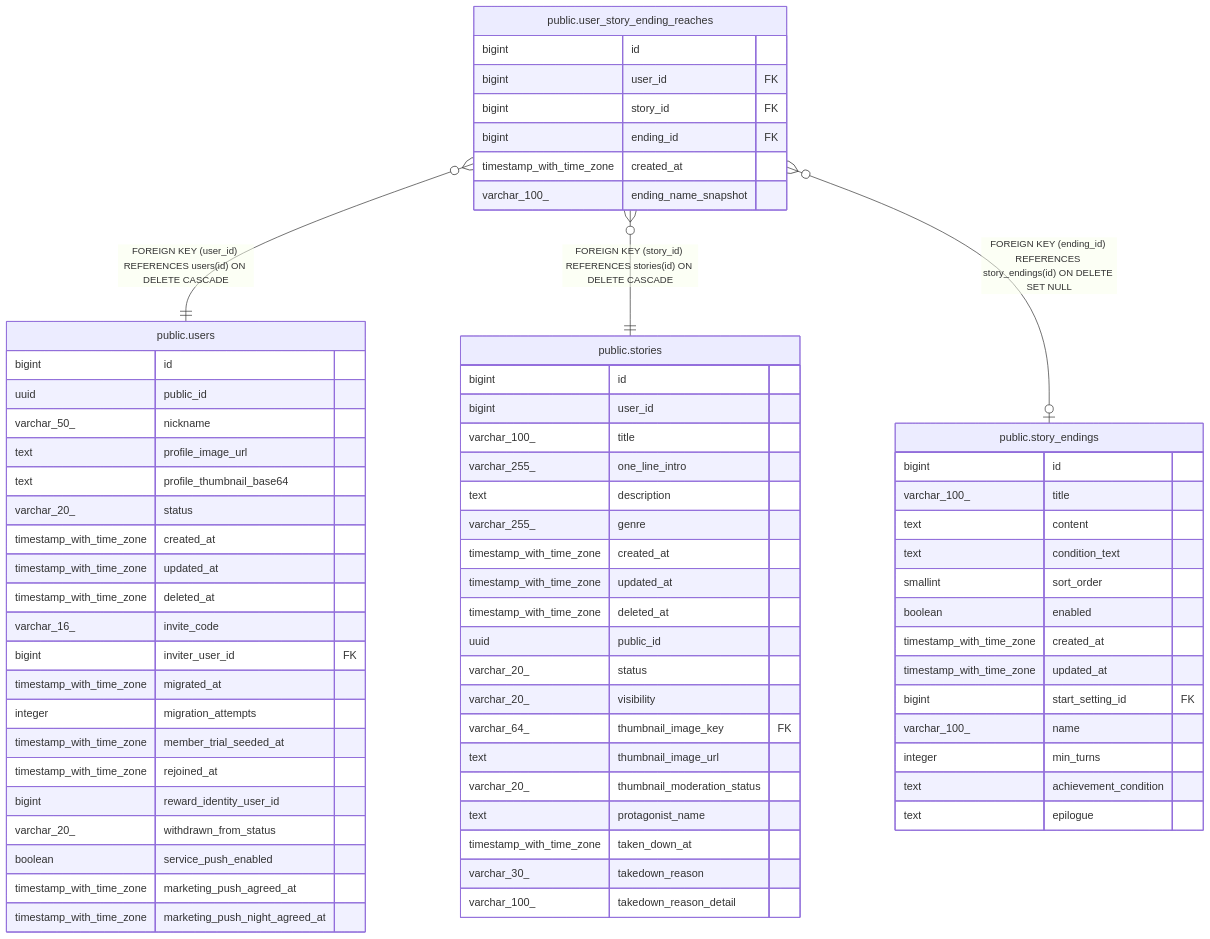
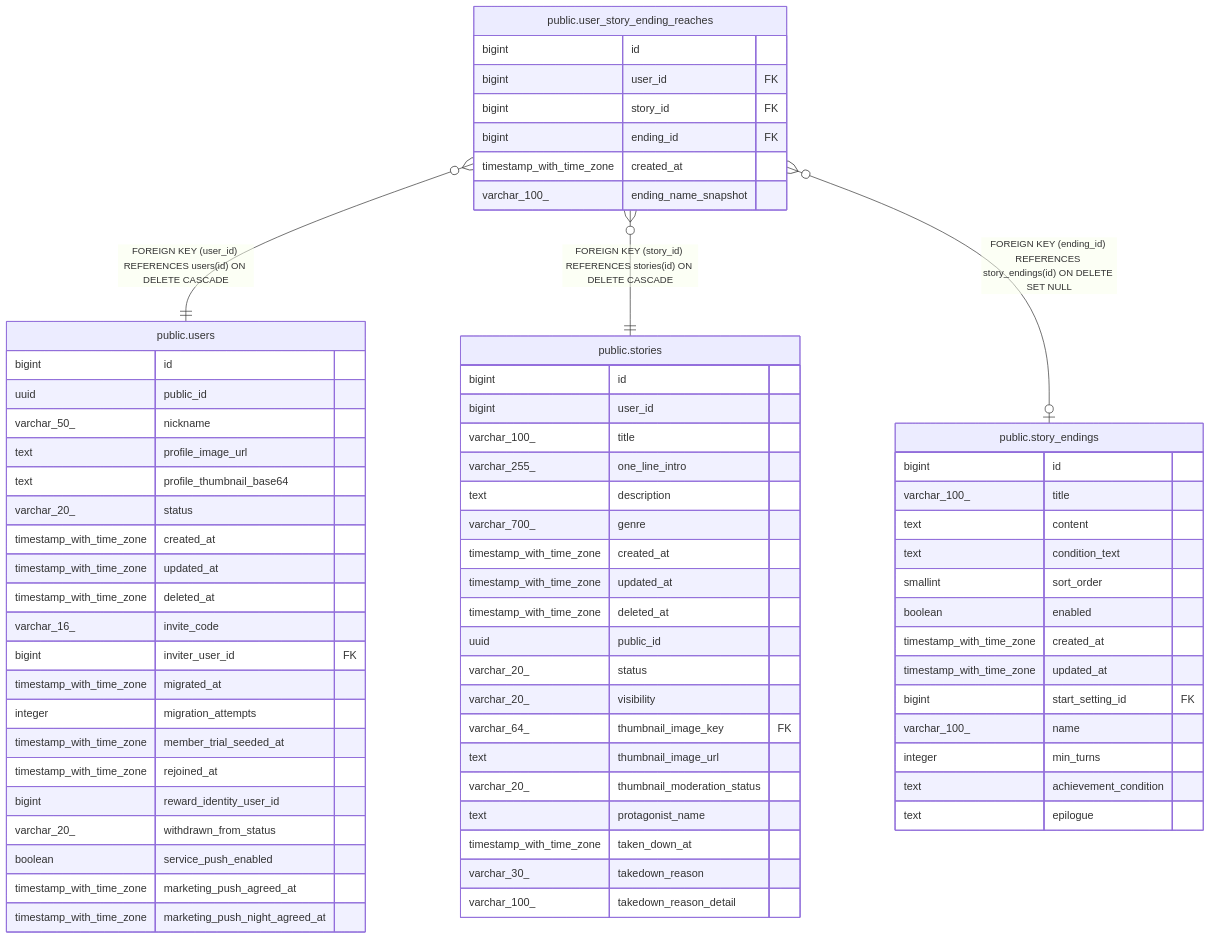
One commit to KIM-N-KANG/manyak-server changed the diagram in dbdoc/public.user_story_ending_reaches.md. Above: the diagram before and after it, drawn with Mermaid. The commit also changed 21 other files, not shown here.

````diff
--- a/dbdoc/public.user_story_ending_reaches.md
+++ b/dbdoc/public.user_story_ending_reaches.md
@@ -34,74 +34,74 @@
 ```mermaid
 erDiagram
 
 "public.user_story_ending_reaches" }o--|| "public.users" : "FOREIGN KEY (user_id) REFERENCES users(id) ON DELETE CASCADE"
 "public.user_story_ending_reaches" }o--|| "public.stories" : "FOREIGN KEY (story_id) REFERENCES stories(id) ON DELETE CASCADE"
 "public.user_story_ending_reaches" }o--o| "public.story_endings" : "FOREIGN KEY (ending_id) REFERENCES story_endings(id) ON DELETE SET NULL"
 
 "public.user_story_ending_reaches" {
   bigint id
   bigint user_id FK
   bigint story_id FK
   bigint ending_id FK
   timestamp_with_time_zone created_at
   varchar_100_ ending_name_snapshot
 }
 "public.users" {
   bigint id
   uuid public_id
   varchar_50_ nickname
   text profile_image_url
   text profile_thumbnail_base64
   varchar_20_ status
   timestamp_with_time_zone created_at
   timestamp_with_time_zone updated_at
   timestamp_with_time_zone deleted_at
   varchar_16_ invite_code
   bigint inviter_user_id FK
   timestamp_with_time_zone migrated_at
   integer migration_attempts
   timestamp_with_time_zone member_trial_seeded_at
   timestamp_with_time_zone rejoined_at
   bigint reward_identity_user_id
   varchar_20_ withdrawn_from_status
   boolean service_push_enabled
   timestamp_with_time_zone marketing_push_agreed_at
   timestamp_with_time_zone marketing_push_night_agreed_at
 }
 "public.stories" {
   bigint id
   bigint user_id
   varchar_100_ title
   varchar_255_ one_line_intro
   text description
-  varchar_255_ genre
+  varchar_700_ genre
   timestamp_with_time_zone created_at
   timestamp_with_time_zone updated_at
   timestamp_with_time_zone deleted_at
   uuid public_id
   varchar_20_ status
   varchar_20_ visibility
   varchar_64_ thumbnail_image_key FK
   text thumbnail_image_url
   varchar_20_ thumbnail_moderation_status
   text protagonist_name
   timestamp_with_time_zone taken_down_at
   varchar_30_ takedown_reason
   varchar_100_ takedown_reason_detail
 }
 "public.story_endings" {
   bigint id
   varchar_100_ title
   text content
   text condition_text
   smallint sort_order
   boolean enabled
   timestamp_with_time_zone created_at
   timestamp_with_time_zone updated_at
   bigint start_setting_id FK
   varchar_100_ name
   integer min_turns
   text achievement_condition
   text epilogue
 }
 ```
````
